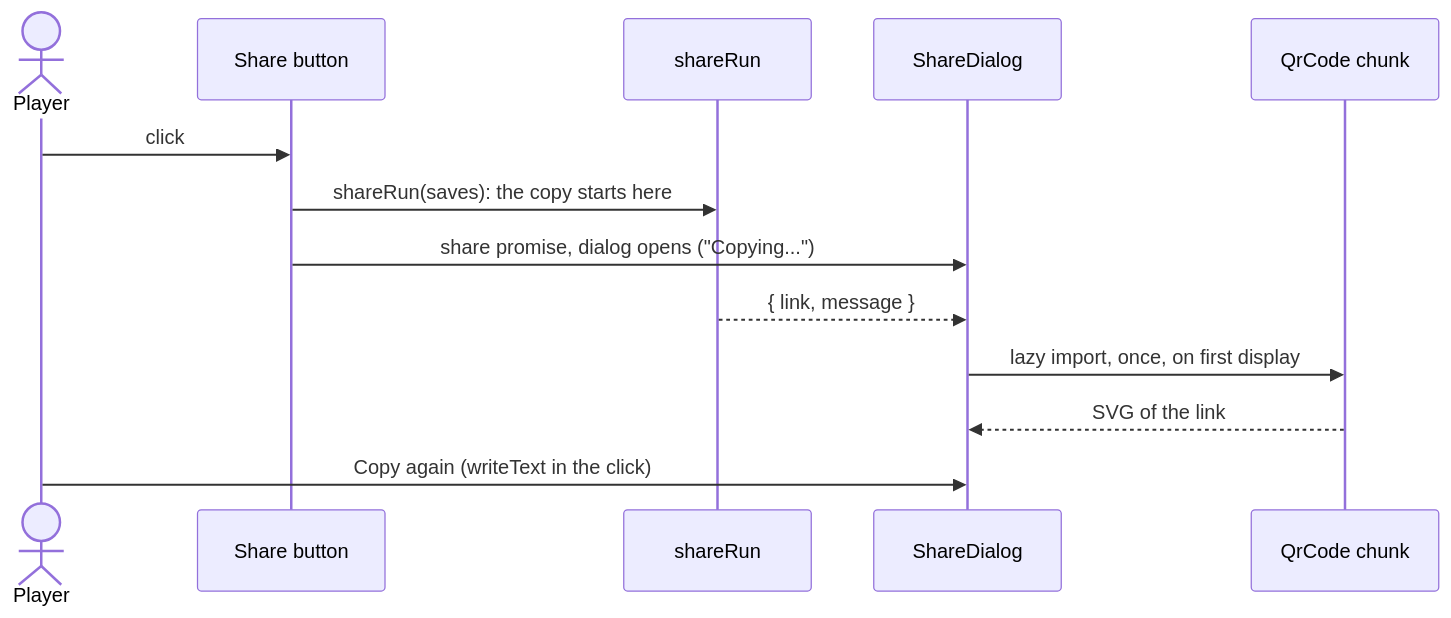
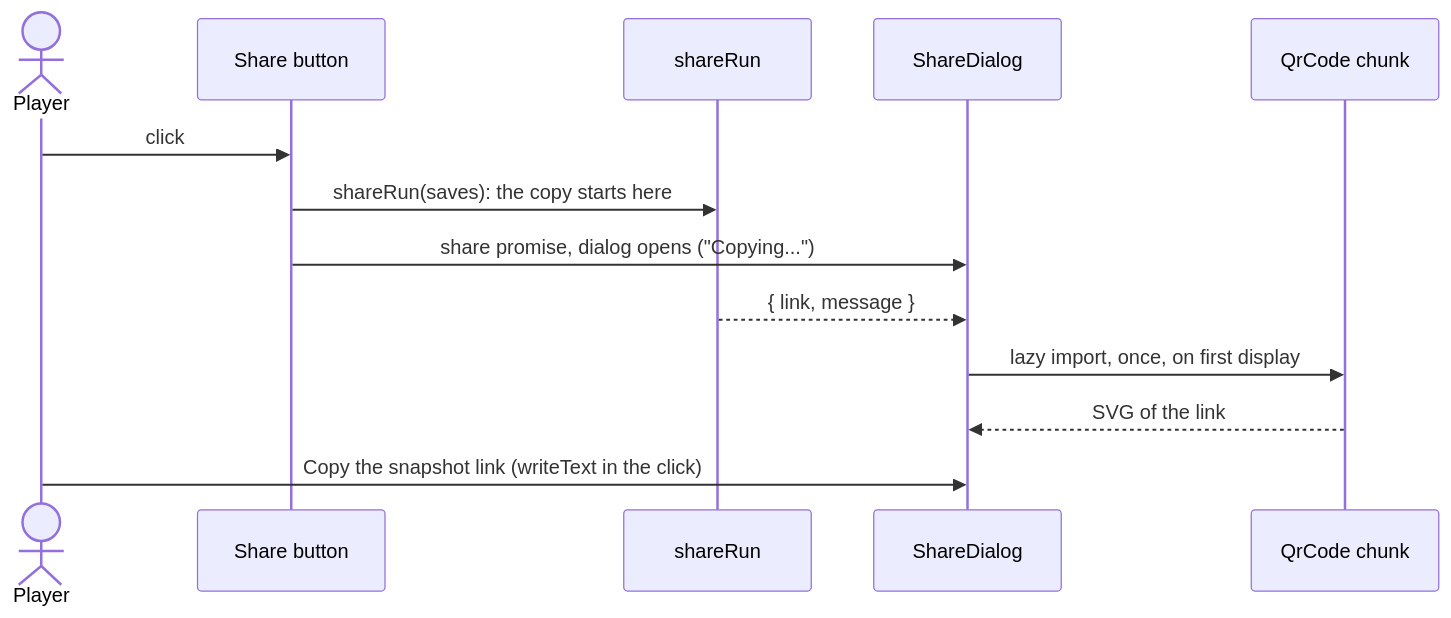
One commit to kqesar/alltp-tracker changed the second of 2 diagrams in docs/share.md. Above: the diagram before and after it, drawn with Mermaid. The commit also changed other lines of this file and 4 other files, not shown here.

````diff
--- a/docs/share.md
+++ b/docs/share.md
@@ -104,15 +104,15 @@
 ```mermaid
 sequenceDiagram
   actor P as Player
   participant B as Share button
   participant S as shareRun
   participant D as ShareDialog
   participant Q as QrCode chunk
   P->>B: click
   B->>S: shareRun(saves): the copy starts here
   B->>D: share promise, dialog opens ("Copying...")
   S-->>D: { link, message }
   D->>Q: lazy import, once, on first display
   Q-->>D: SVG of the link
-  P->>D: Copy again (writeText in the click)
+  P->>D: Copy the snapshot link (writeText in the click)
 ```
````
